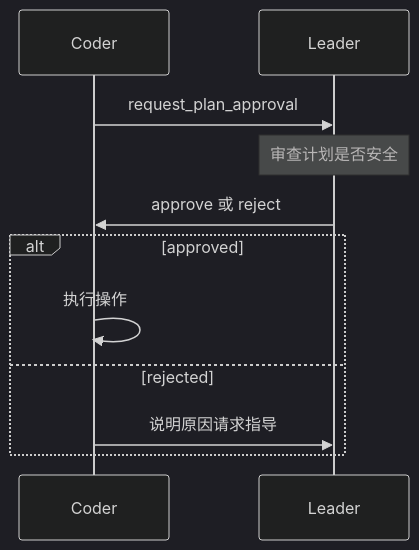
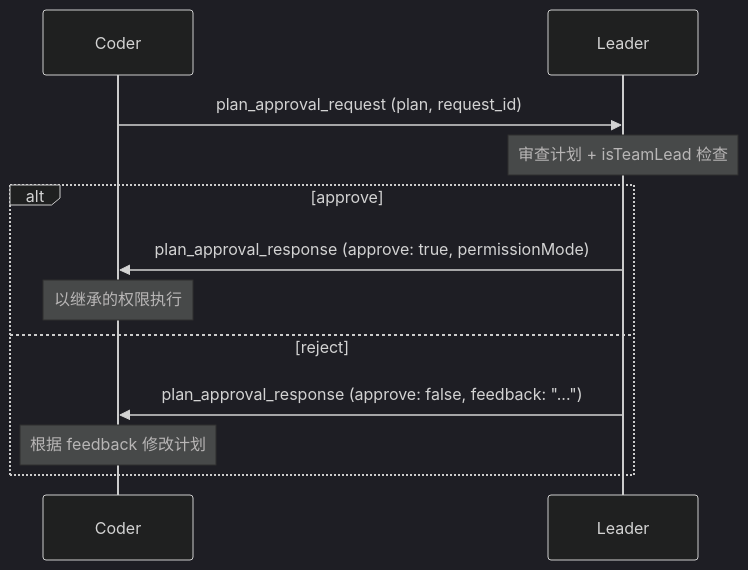
Before and after one commit to ranxi2001/zero2Agent: the second of 2 diagrams in learn-claude-code/10-team-protocols/index.md, drawn with Mermaid (dark theme). The commit also changed other lines of this file and 11 other files, not shown here.

```diff
--- a/learn-claude-code/10-team-protocols/index.md
+++ b/learn-claude-code/10-team-protocols/index.md
@@ -162,11 +230,12 @@
 <div class="mermaid">
 sequenceDiagram
-    Coder->>Leader: request_plan_approval
-    Note over Leader: 审查计划是否安全
-    Leader->>Coder: approve 或 reject
-    alt approved
-        Coder->>Coder: 执行操作
-    else rejected
-        Coder->>Leader: 说明原因请求指导
+    Coder->>Leader: plan_approval_request (plan, request_id)
+    Note over Leader: 审查计划 + isTeamLead 检查
+    alt approve
+        Leader->>Coder: plan_approval_response (approve: true, permissionMode)
+        Note over Coder: 以继承的权限执行
+    else reject
+        Leader->>Coder: plan_approval_response (approve: false, feedback: "...")
+        Note over Coder: 根据 feedback 修改计划
     end
 </div>
```
